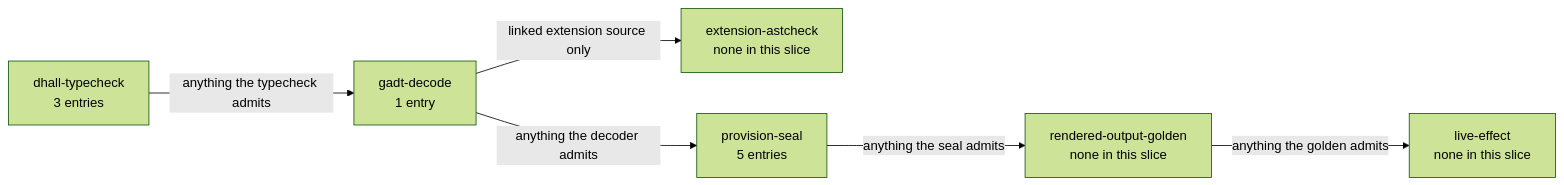
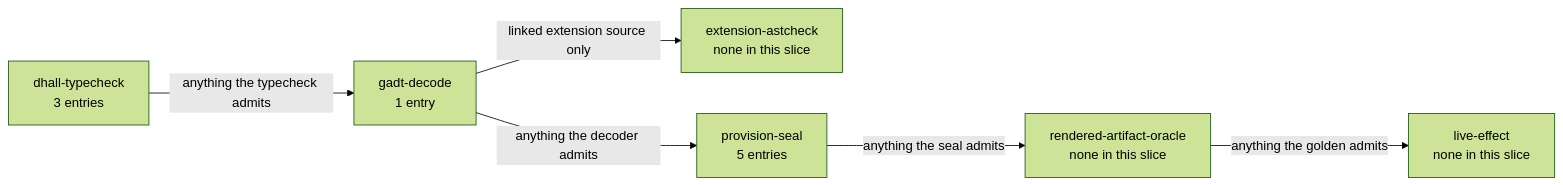
The diagram in documents/illegal_state/illegal_state_capacity.md (Tuee22/amoebius), drawn with Mermaid (forest theme) before and after one commit. The commit also changed other lines of this file and 345 other files, not shown here.

````diff
--- a/documents/illegal_state/illegal_state_capacity.md
+++ b/documents/illegal_state/illegal_state_capacity.md
@@ -61,15 +59,15 @@
 ```mermaid
 flowchart LR
   %% register: orientation
   g1["dhall-typecheck<br/>3 entries"]
   g2["gadt-decode<br/>1 entry"]
   g3["extension-astcheck<br/>none in this slice"]
   ps["provision-seal<br/>5 entries"]
-  rg["rendered-output-golden<br/>none in this slice"]
+  rg["rendered-artifact-oracle<br/>none in this slice"]
   le["live-effect<br/>none in this slice"]
   g1 -->|"anything the typecheck admits"| g2
   g2 -->|"linked extension source only"| g3
   g2 -->|"anything the decoder admits"| ps
   ps -->|"anything the seal admits"| rg
   rg -->|"anything the golden admits"| le
 ```
````
